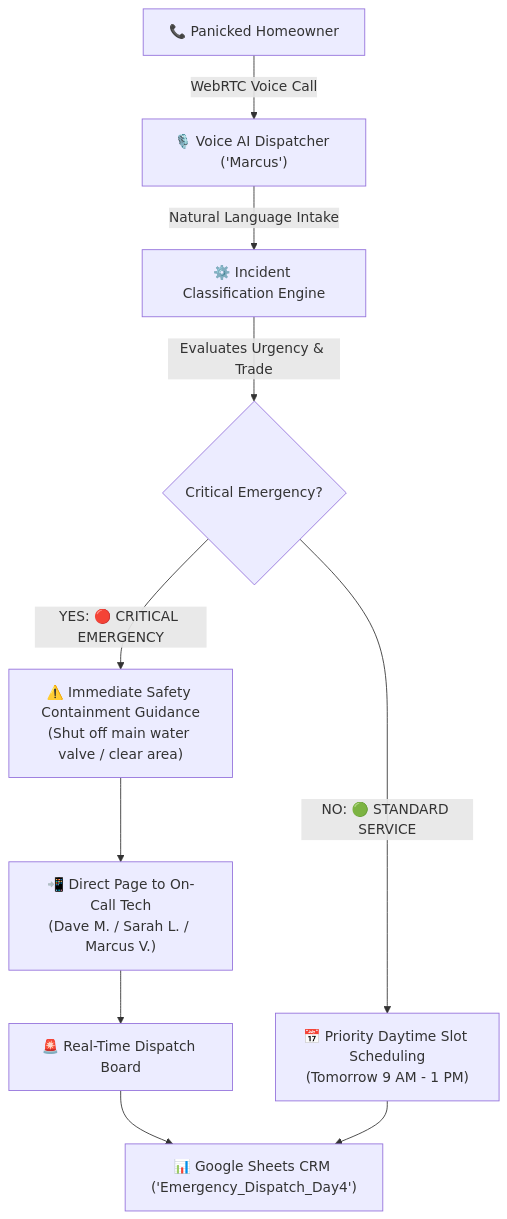
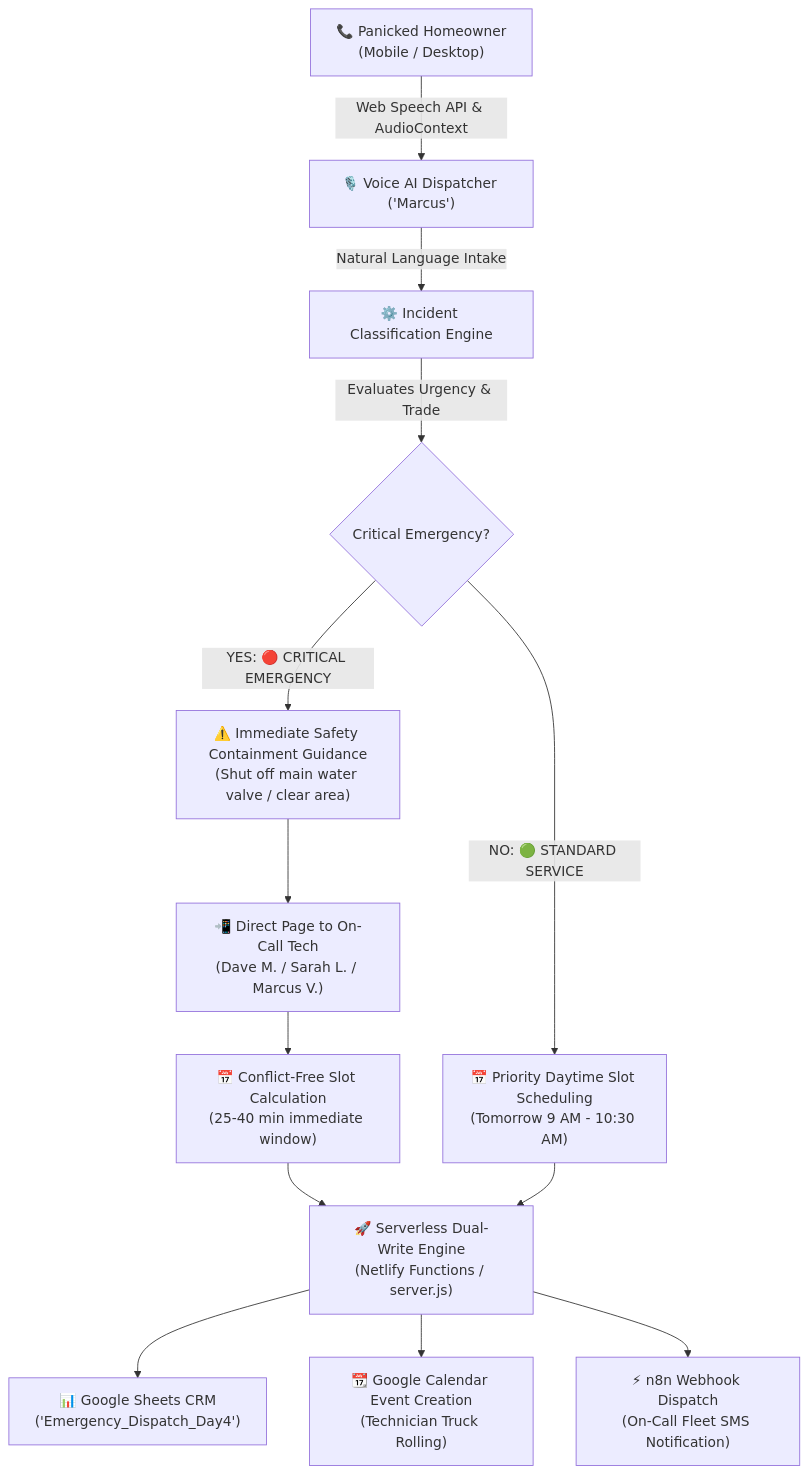
One commit to rehanziadeveloper-ship-it/My-Projects changed the diagram in day-04-emergency-dispatch-voicebot/README.md. Above: the diagram before and after it, drawn with Mermaid. The commit also changed other lines of this file and 1 other file, not shown here.

Commit message:
docs(day-04): update root & project READMEs with live Netlify app, Google Sheets/Calendar sync architecture, and 30-day roadmap status

````diff
--- a/day-04-emergency-dispatch-voicebot/README.md
+++ b/day-04-emergency-dispatch-voicebot/README.md
@@ -28,14 +39,19 @@
 ```mermaid
 flowchart TD
-    A["📞 Panicked Homeowner"] -->|WebRTC Voice Call| B["🎙️ Voice AI Dispatcher ('Marcus')"]
+    A["📞 Panicked Homeowner\n(Mobile / Desktop)"] -->|Web Speech API & AudioContext| B["🎙️ Voice AI Dispatcher ('Marcus')"]
     B -->|Natural Language Intake| C["⚙️ Incident Classification Engine"]
     C -->|Evaluates Urgency & Trade| D{"Critical Emergency?"}
 
     D -->|"YES: 🔴 CRITICAL EMERGENCY"| E["⚠️ Immediate Safety Containment Guidance\n(Shut off main water valve / clear area)"]
     E --> F["📲 Direct Page to On-Call Tech\n(Dave M. / Sarah L. / Marcus V.)"]
-    F --> G["🚨 Real-Time Dispatch Board"]
-    G --> H["📊 Google Sheets CRM ('Emergency_Dispatch_Day4')"]
+    F --> G["📅 Conflict-Free Slot Calculation\n(25-40 min immediate window)"]
 
-    D -->|"NO: 🟢 STANDARD SERVICE"| I["📅 Priority Daytime Slot Scheduling\n(Tomorrow 9 AM - 1 PM)"]
-    I --> H
+    D -->|"NO: 🟢 STANDARD SERVICE"| H["📅 Priority Daytime Slot Scheduling\n(Tomorrow 9 AM - 10:30 AM)"]
+
+    G --> I["🚀 Serverless Dual-Write Engine\n(Netlify Functions / server.js)"]
+    H --> I
+
+    I --> J["📊 Google Sheets CRM\n('Emergency_Dispatch_Day4')"]
+    I --> K["📆 Google Calendar Event Creation\n(Technician Truck Rolling)"]
+    I --> L["⚡ n8n Webhook Dispatch\n(On-Call Fleet SMS Notification)"]
 ```
````
